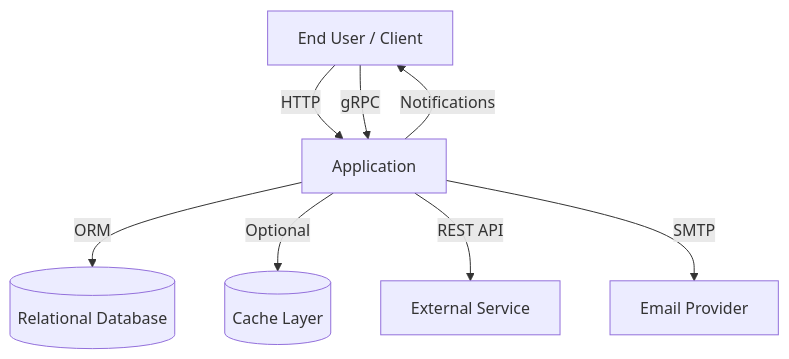
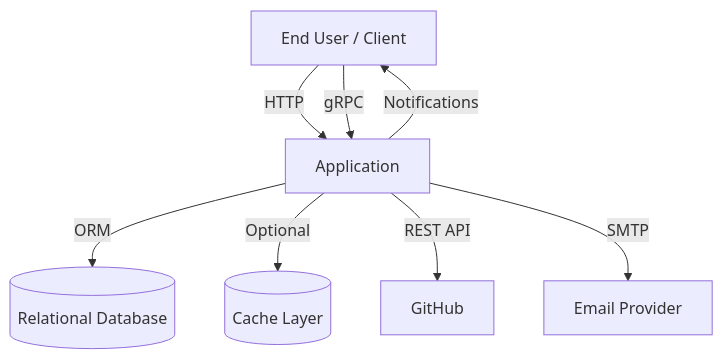
The first of 3 diagrams in docs/system-design.md (GenesisEducationKyiv/software-engineering-school-6-0-RandomIv), drawn with Mermaid before and after one commit. The commit also changed other lines of this file, not shown here.

Commit message:
docs: update system design to specify GitHub as external service integration

````diff
--- a/docs/system-design.md
+++ b/docs/system-design.md
@@ -62,12 +62,12 @@
 ```mermaid
 graph TD
     U[End User / Client] -->|HTTP| APP[Application]
     U -->|gRPC| APP
 
     APP -->|ORM| DB[(Relational Database)]
     APP -->|Optional| CACHE[(Cache Layer)]
-    APP -->|REST API| GH[External Service]
+    APP -->|REST API| GH[GitHub]
     APP -->|SMTP| EMAIL[Email Provider]
 
     APP -->|Notifications| U
 ```
````
